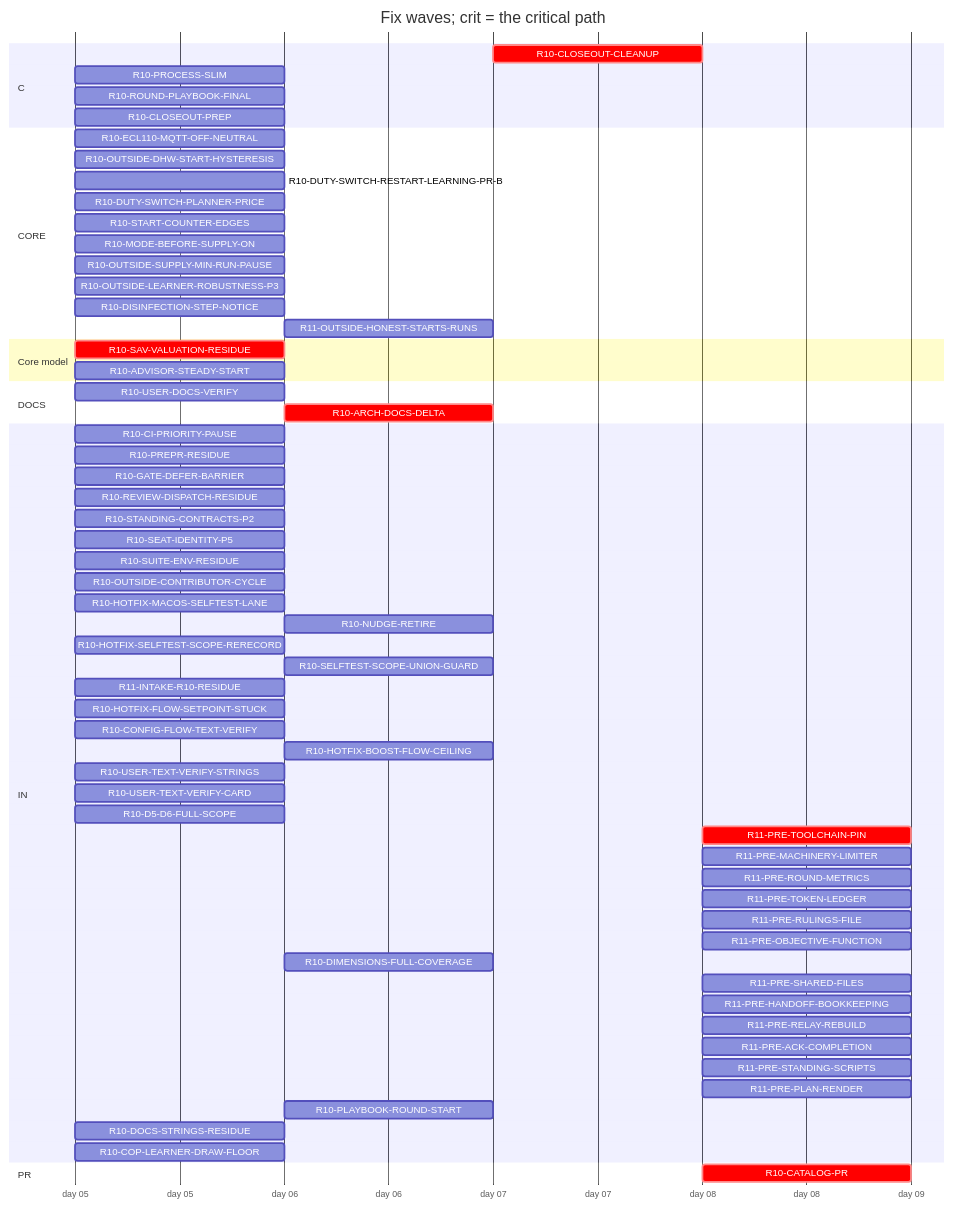
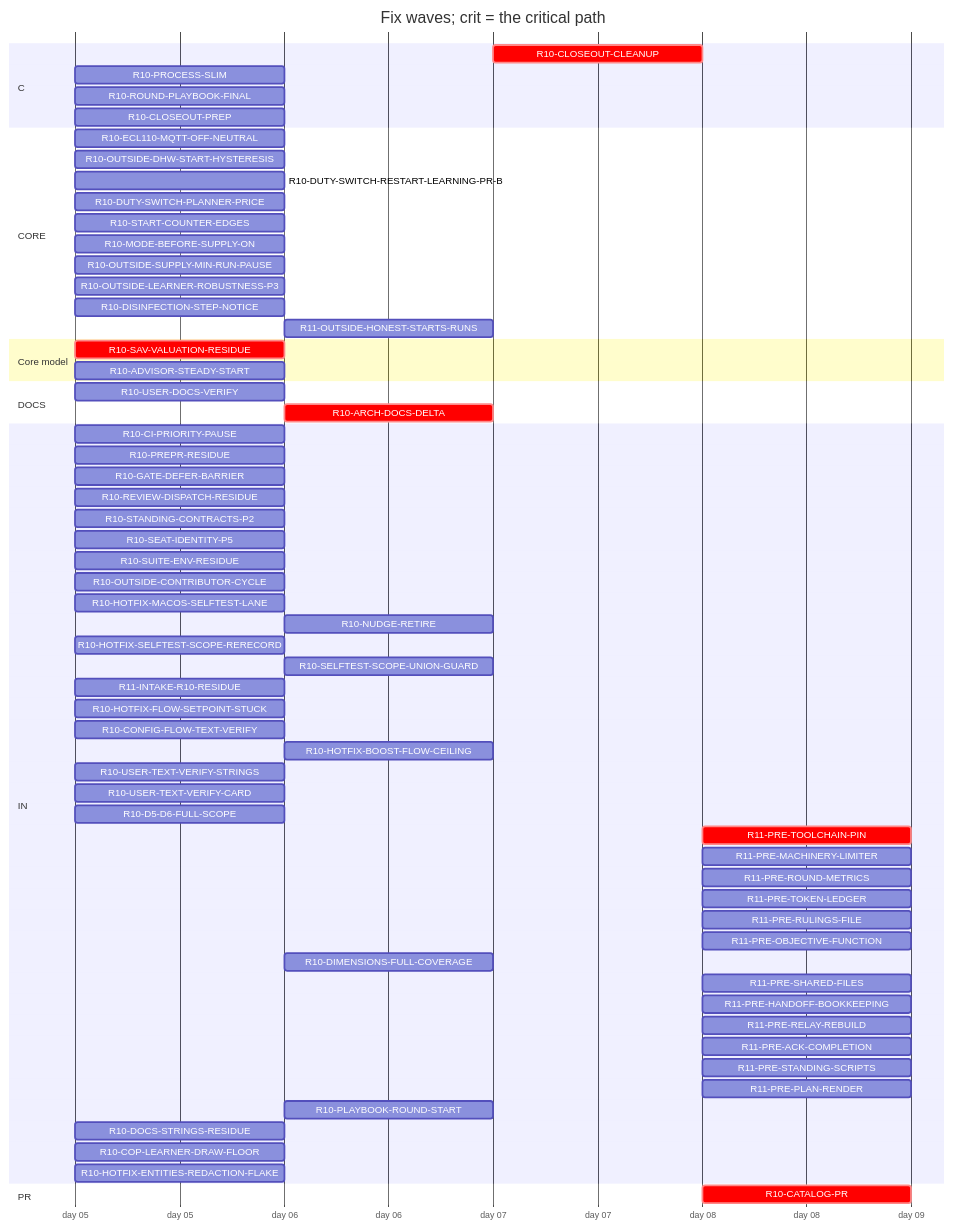
Before and after one commit to tvofi/heatpump_optimizer: the diagram in handoff/round10/state/PLAN-TABLE.md, drawn with Mermaid. The commit also changed other lines of this file and 4 other files, not shown here.

Commit message:
state: FLOW-BOARD.md, NEXT-SESSION-PROMPT.md, PLAN-TABLE.md, PLAN.html, RESUME-CURRENT.md regenerated (state_docs.py)

````diff
--- a/handoff/round10/state/PLAN-TABLE.md
+++ b/handoff/round10/state/PLAN-TABLE.md
@@ -19,66 +19,67 @@
 ```mermaid
 gantt
   title Fix waves; crit = the critical path
   dateFormat YYYY-MM-DD
   axisFormat day %d
   section C
     R10-CLOSEOUT-CLEANUP :crit, r10CLOSEOUTCLEANUP, after r10USERDOCSVERIFY r10CLOSEOUTPREP r10ARCHDOCSDELTA, 1d
     R10-PROCESS-SLIM :r10PROCESSSLIM, 2026-01-05, 1d
     R10-ROUND-PLAYBOOK-FINAL :r10ROUNDPLAYBOOKFINAL, 2026-01-05, 1d
     R10-CLOSEOUT-PREP :r10CLOSEOUTPREP, 2026-01-05, 1d
   section CORE
     R10-ECL110-MQTT-OFF-NEUTRAL :r10ECL110MQTTOFFNEUTRAL, 2026-01-05, 1d
     R10-OUTSIDE-DHW-START-HYSTERESIS :r10OUTSIDEDHWSTARTHYSTERESIS, 2026-01-05, 1d
     R10-DUTY-SWITCH-RESTART-LEARNING-PR-B :r10DUTYSWITCHRESTARTLEARNINGPRB, 2026-01-05, 1d
     R10-DUTY-SWITCH-PLANNER-PRICE :r10DUTYSWITCHPLANNERPRICE, 2026-01-05, 1d
     R10-START-COUNTER-EDGES :r10STARTCOUNTEREDGES, 2026-01-05, 1d
     R10-MODE-BEFORE-SUPPLY-ON :r10MODEBEFORESUPPLYON, 2026-01-05, 1d
     R10-OUTSIDE-SUPPLY-MIN-RUN-PAUSE :r10OUTSIDESUPPLYMINRUNPAUSE, 2026-01-05, 1d
     R10-OUTSIDE-LEARNER-ROBUSTNESS-P3 :r10OUTSIDELEARNERROBUSTNESSP3, 2026-01-05, 1d
     R10-DISINFECTION-STEP-NOTICE :r10DISINFECTIONSTEPNOTICE, 2026-01-05, 1d
     R11-OUTSIDE-HONEST-STARTS-RUNS :r11OUTSIDEHONESTSTARTSRUNS, after r10DUTYSWITCHPLANNERPRICE r10OUTSIDEDHWSTARTHYSTERESIS r10OUTSIDESUPPLYMINRUNPAUSE r10ADVISORSTEADYSTART, 1d
   section Core model
     R10-SAV-VALUATION-RESIDUE :crit, r10SAVVALUATIONRESIDUE, 2026-01-05, 1d
     R10-ADVISOR-STEADY-START :r10ADVISORSTEADYSTART, 2026-01-05, 1d
   section DOCS
     R10-USER-DOCS-VERIFY :r10USERDOCSVERIFY, 2026-01-05, 1d
     R10-ARCH-DOCS-DELTA :crit, r10ARCHDOCSDELTA, after r10SAVVALUATIONRESIDUE r10ADVISORSTEADYSTART, 1d
   section IN
     R10-CI-PRIORITY-PAUSE :r10CIPRIORITYPAUSE, 2026-01-05, 1d
     R10-PREPR-RESIDUE :r10PREPRRESIDUE, 2026-01-05, 1d
     R10-GATE-DEFER-BARRIER :r10GATEDEFERBARRIER, 2026-01-05, 1d
     R10-REVIEW-DISPATCH-RESIDUE :r10REVIEWDISPATCHRESIDUE, 2026-01-05, 1d
     R10-STANDING-CONTRACTS-P2 :r10STANDINGCONTRACTSP2, 2026-01-05, 1d
     R10-SEAT-IDENTITY-P5 :r10SEATIDENTITYP5, 2026-01-05, 1d
     R10-SUITE-ENV-RESIDUE :r10SUITEENVRESIDUE, 2026-01-05, 1d
     R10-OUTSIDE-CONTRIBUTOR-CYCLE :r10OUTSIDECONTRIBUTORCYCLE, 2026-01-05, 1d
     R10-HOTFIX-MACOS-SELFTEST-LANE :r10HOTFIXMACOSSELFTESTLANE, 2026-01-05, 1d
     R10-NUDGE-RETIRE :r10NUDGERETIRE, after r10ROUNDPLAYBOOKFINAL, 1d
     R10-HOTFIX-SELFTEST-SCOPE-RERECORD :r10HOTFIXSELFTESTSCOPERERECORD, 2026-01-05, 1d
     R10-SELFTEST-SCOPE-UNION-GUARD :r10SELFTESTSCOPEUNIONGUARD, after r10HOTFIXSELFTESTSCOPERERECORD, 1d
     R11-INTAKE-R10-RESIDUE :r11INTAKER10RESIDUE, 2026-01-05, 1d
     R10-HOTFIX-FLOW-SETPOINT-STUCK :r10HOTFIXFLOWSETPOINTSTUCK, 2026-01-05, 1d
     R10-CONFIG-FLOW-TEXT-VERIFY :r10CONFIGFLOWTEXTVERIFY, 2026-01-05, 1d
     R10-HOTFIX-BOOST-FLOW-CEILING :r10HOTFIXBOOSTFLOWCEILING, after r10HOTFIXFLOWSETPOINTSTUCK, 1d
     R10-USER-TEXT-VERIFY-STRINGS :r10USERTEXTVERIFYSTRINGS, 2026-01-05, 1d
     R10-USER-TEXT-VERIFY-CARD :r10USERTEXTVERIFYCARD, 2026-01-05, 1d
     R10-D5-D6-FULL-SCOPE :r10D5D6FULLSCOPE, 2026-01-05, 1d
     R11-PRE-TOOLCHAIN-PIN :crit, r11PRETOOLCHAINPIN, after r10CATALOGPR, 1d
     R11-PRE-MACHINERY-LIMITER :r11PREMACHINERYLIMITER, after r10CATALOGPR, 1d
     R11-PRE-ROUND-METRICS :r11PREROUNDMETRICS, after r10CATALOGPR, 1d
     R11-PRE-TOKEN-LEDGER :r11PRETOKENLEDGER, after r10CATALOGPR, 1d
     R11-PRE-RULINGS-FILE :r11PRERULINGSFILE, after r10CATALOGPR, 1d
     R11-PRE-OBJECTIVE-FUNCTION :r11PREOBJECTIVEFUNCTION, after r10CATALOGPR, 1d
     R10-DIMENSIONS-FULL-COVERAGE :r10DIMENSIONSFULLCOVERAGE, after r10D5D6FULLSCOPE, 1d
     R11-PRE-SHARED-FILES :r11PRESHAREDFILES, after r10CATALOGPR, 1d
     R11-PRE-HANDOFF-BOOKKEEPING :r11PREHANDOFFBOOKKEEPING, after r10CATALOGPR, 1d
     R11-PRE-RELAY-REBUILD :r11PRERELAYREBUILD, after r10CATALOGPR, 1d
     R11-PRE-ACK-COMPLETION :r11PREACKCOMPLETION, after r10CATALOGPR, 1d
     R11-PRE-STANDING-SCRIPTS :r11PRESTANDINGSCRIPTS, after r10CATALOGPR, 1d
     R11-PRE-PLAN-RENDER :r11PREPLANRENDER, after r10CATALOGPR, 1d
     R10-PLAYBOOK-ROUND-START :r10PLAYBOOKROUNDSTART, after r10ROUNDPLAYBOOKFINAL, 1d
     R10-DOCS-STRINGS-RESIDUE :r10DOCSSTRINGSRESIDUE, 2026-01-05, 1d
     R10-COP-LEARNER-DRAW-FLOOR :r10COPLEARNERDRAWFLOOR, 2026-01-05, 1d
+    R10-HOTFIX-ENTITIES-REDACTION-FLAKE :r10HOTFIXENTITIESREDACTIONFLAKE, 2026-01-05, 1d
   section PR
     R10-CATALOG-PR :crit, r10CATALOGPR, after r10USERDOCSVERIFY r10CLOSEOUTCLEANUP r10CLOSEOUTPREP r10ARCHDOCSDELTA, 1d
 ```
````
